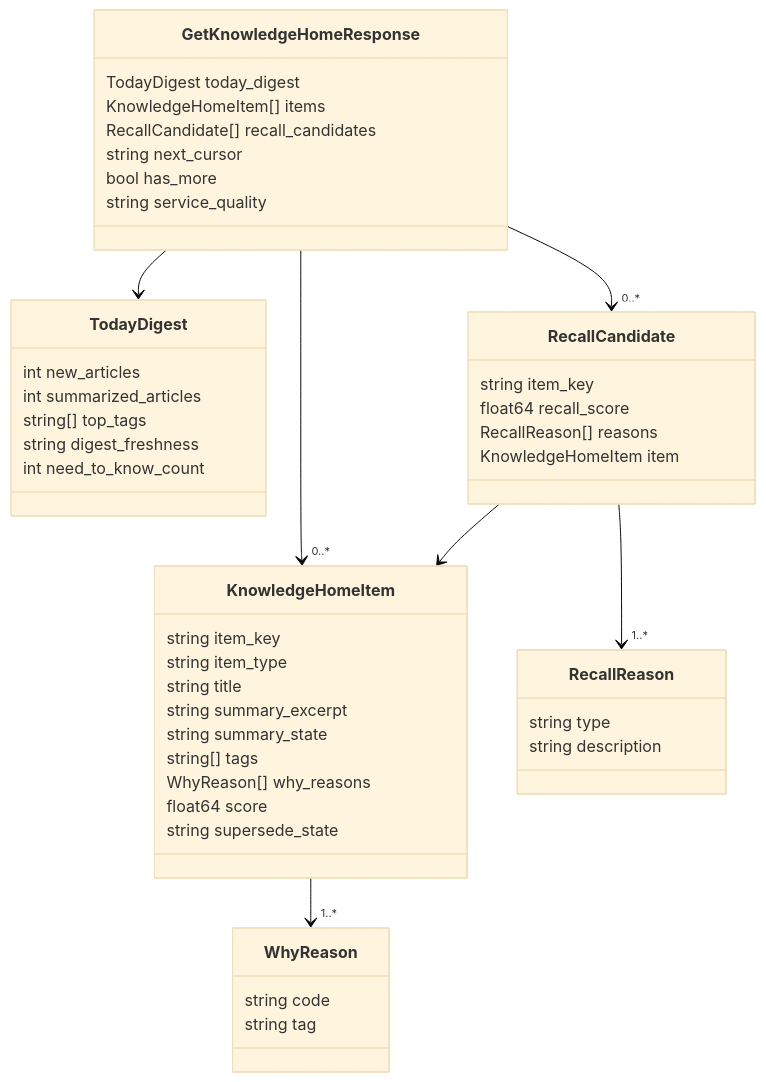
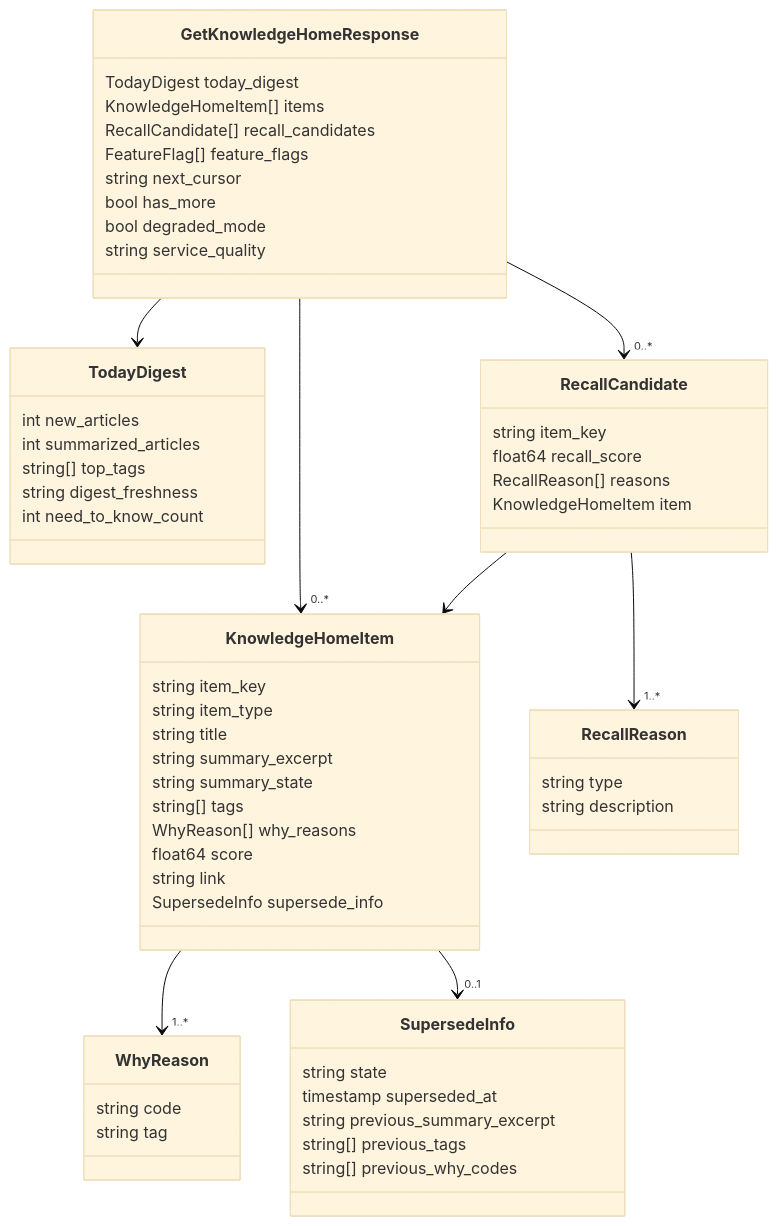
One commit to Kaikei-e/Alt changed the diagram in docs/features/knowledge-home/api-reference.md. Above: the diagram before and after it, drawn with Mermaid (base theme). The commit also changed other lines of this file and 4 other files, not shown here.

First line of the commit message:
docs: update Knowledge Home feature documentation to match current codebase

````diff
--- a/docs/features/knowledge-home/api-reference.md
+++ b/docs/features/knowledge-home/api-reference.md
@@ -146,55 +173,67 @@
 ```mermaid
 classDiagram
   class GetKnowledgeHomeResponse {
     TodayDigest today_digest
     KnowledgeHomeItem[] items
     RecallCandidate[] recall_candidates
+    FeatureFlag[] feature_flags
     string next_cursor
     bool has_more
+    bool degraded_mode
     string service_quality
   }
 
   class KnowledgeHomeItem {
     string item_key
     string item_type
     string title
     string summary_excerpt
     string summary_state
     string[] tags
     WhyReason[] why_reasons
     float64 score
-    string supersede_state
+    string link
+    SupersedeInfo supersede_info
+  }
+
+  class SupersedeInfo {
+    string state
+    timestamp superseded_at
+    string previous_summary_excerpt
+    string[] previous_tags
+    string[] previous_why_codes
   }
 
   class TodayDigest {
     int new_articles
     int summarized_articles
     string[] top_tags
     string digest_freshness
     int need_to_know_count
   }
 
   class RecallCandidate {
     string item_key
     float64 recall_score
     RecallReason[] reasons
     KnowledgeHomeItem item
   }
 
   class WhyReason {
     string code
     string tag
   }
 
   class RecallReason {
     string type
     string description
   }
 
   GetKnowledgeHomeResponse --> TodayDigest
   GetKnowledgeHomeResponse --> "0..*" KnowledgeHomeItem
   GetKnowledgeHomeResponse --> "0..*" RecallCandidate
   KnowledgeHomeItem --> "1..*" WhyReason
+  KnowledgeHomeItem --> "0..1" SupersedeInfo
   RecallCandidate --> "1..*" RecallReason
   RecallCandidate --> KnowledgeHomeItem
 ```
````
